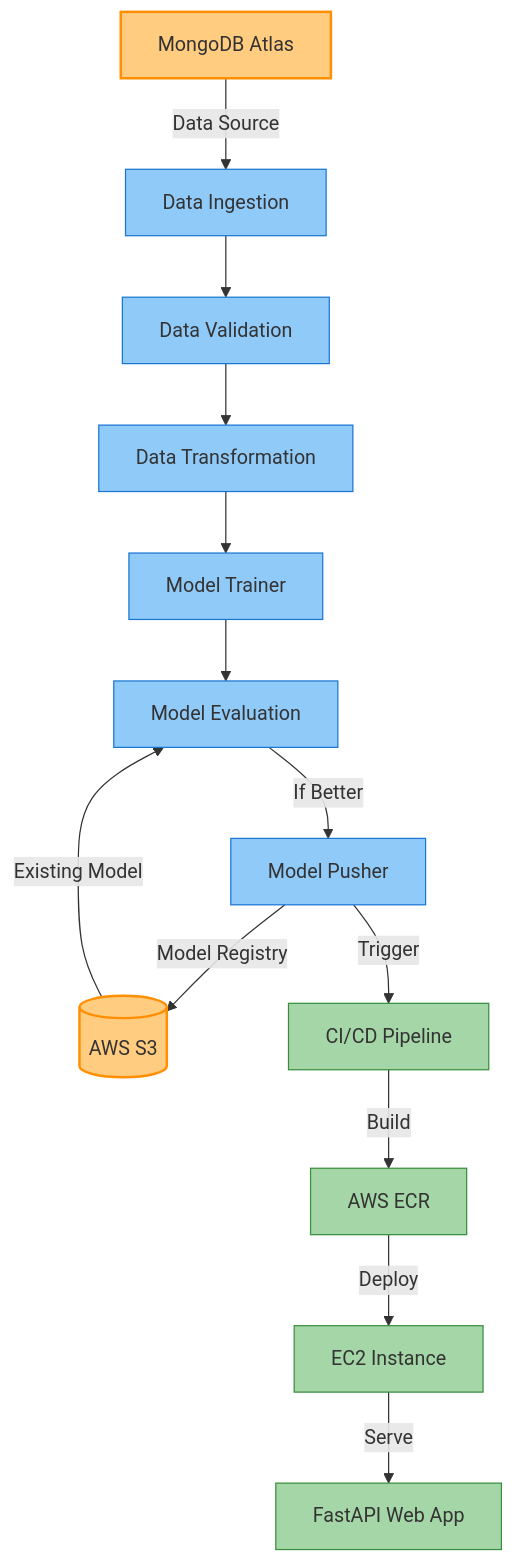
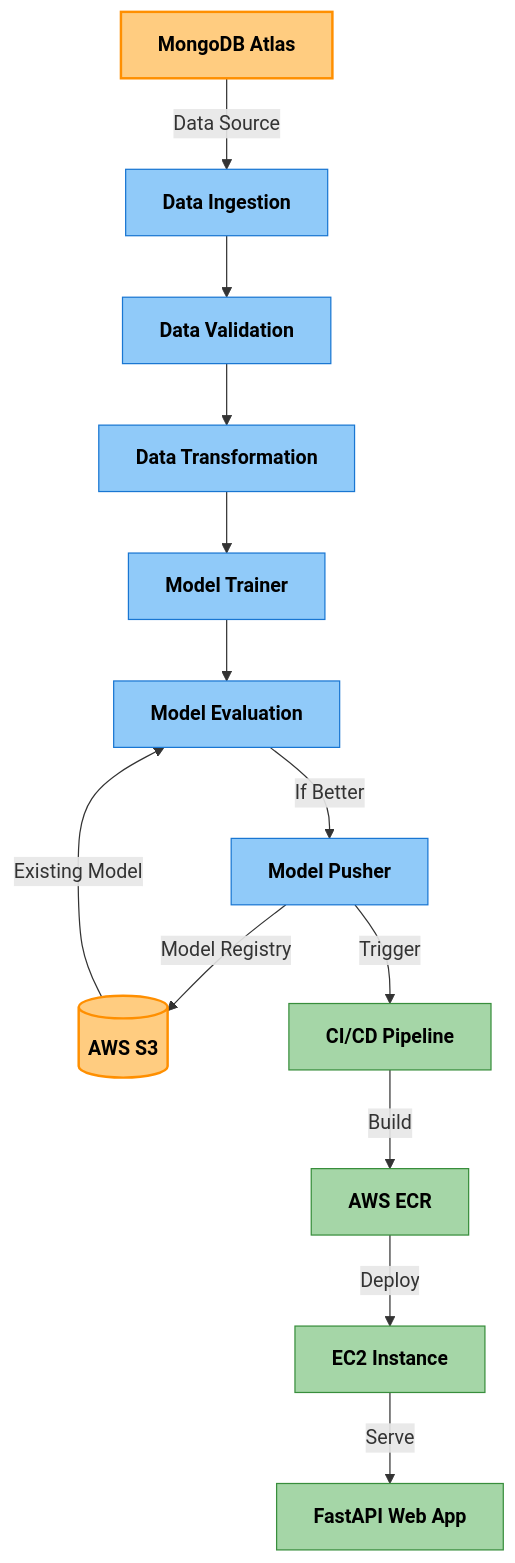
One commit to bhavesh2205/MLOps-Vehicle-Insurance-Claim-Prediction changed the diagram in README.md. Above: the diagram before and after it, drawn with Mermaid.

Commit message:
CICD-test-5

````diff
--- a/README.md
+++ b/README.md
@@ -51,23 +51,23 @@
 ```mermaid
 graph TD
     MongoDB[MongoDB Atlas] -->|Data Source| DI[Data Ingestion]
     DI --> DV[Data Validation]
     DV --> DT[Data Transformation]
     DT --> MT[Model Trainer]
     MT --> ME[Model Evaluation]
     S3[(AWS S3)] -->|Existing Model| ME
     ME -->|If Better| MP[Model Pusher]
     MP -->|Model Registry| S3
     MP -->|Trigger| CICD[CI/CD Pipeline]
     CICD -->|Build| ECR[AWS ECR]
     ECR -->|Deploy| EC2[EC2 Instance]
     EC2 -->|Serve| APP[FastAPI Web App]
     
-    classDef databases fill:#ffcc80,stroke:#ff8f00,stroke-width:2px
-    classDef pipeline fill:#90caf9,stroke:#1976d2,stroke-width:1px
-    classDef deployment fill:#a5d6a7,stroke:#388e3c,stroke-width:1px
+    classDef databases fill:#ffcc80,stroke:#ff8f00,stroke-width:2px,color:#000000,font-weight:bold
+    classDef pipeline fill:#90caf9,stroke:#1976d2,stroke-width:1px,color:#000000,font-weight:bold
+    classDef deployment fill:#a5d6a7,stroke:#388e3c,stroke-width:1px,color:#000000,font-weight:bold
     
     class MongoDB,S3 databases
     class DI,DV,DT,MT,ME,MP pipeline
     class ECR,EC2,APP,CICD deployment
 ```
````
